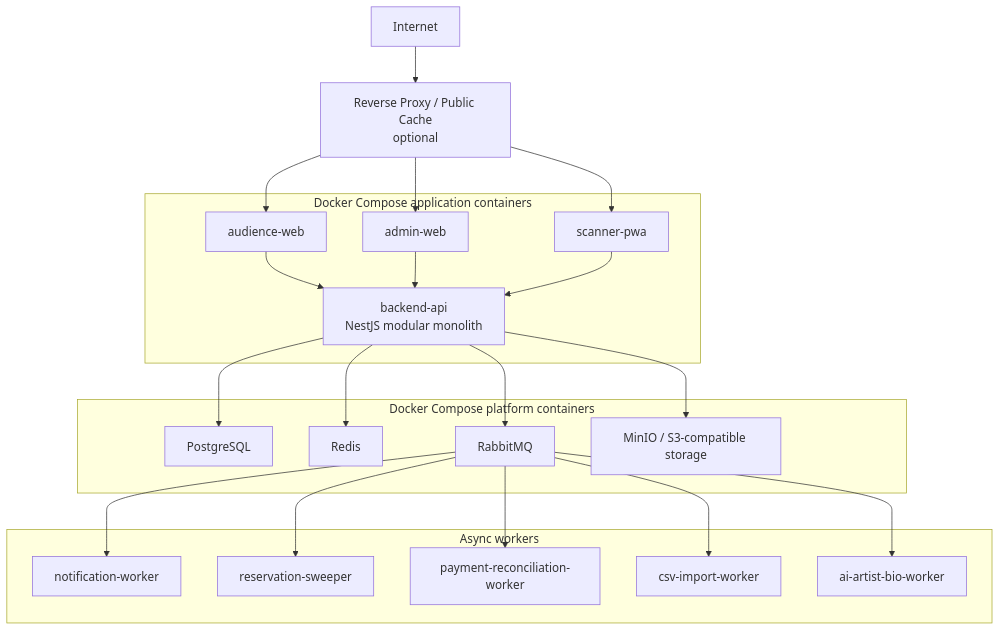
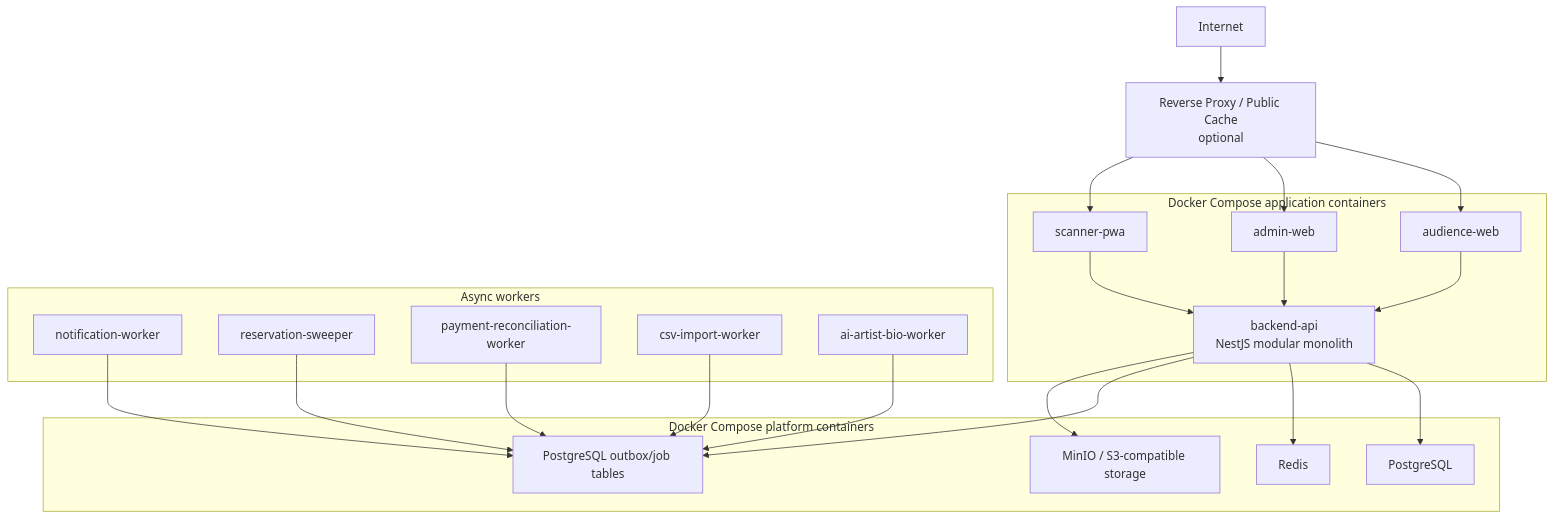
One commit to Toanapr/ticket-box changed the second of 2 diagrams in blueprint/03-high-level-architecture.md. Above: the diagram before and after it, drawn with Mermaid. The commit also changed other lines of this file and 16 other files, not shown here.

````diff
--- a/blueprint/03-high-level-architecture.md
+++ b/blueprint/03-high-level-architecture.md
@@ -97,47 +97,47 @@
 ```mermaid
 flowchart TD
     Internet["Internet"]
     Edge["Reverse Proxy / Public Cache<br/>optional"]
 
     Internet --> Edge
 
     subgraph Apps["Docker Compose application containers"]
         AudienceWeb["audience-web"]
         AdminWeb["admin-web"]
         ScannerWeb["scanner-pwa"]
         BackendAPI["backend-api<br/>NestJS modular monolith"]
     end
 
     subgraph Workers["Async workers"]
         NotificationWorker["notification-worker"]
         ReservationSweeper["reservation-sweeper"]
         PaymentReconciliation["payment-reconciliation-worker"]
         CSVImport["csv-import-worker"]
         AIBioWorker["ai-artist-bio-worker"]
     end
 
     subgraph Platform["Docker Compose platform containers"]
         Postgres["PostgreSQL"]
         Redis["Redis"]
-        RabbitMQ["RabbitMQ"]
+        AsyncState["PostgreSQL outbox/job tables"]
         MinIO["MinIO / S3-compatible storage"]
     end
 
     Edge --> AudienceWeb
     Edge --> AdminWeb
     Edge --> ScannerWeb
     AudienceWeb --> BackendAPI
     AdminWeb --> BackendAPI
     ScannerWeb --> BackendAPI
 
     BackendAPI --> Postgres
     BackendAPI --> Redis
-    BackendAPI --> RabbitMQ
+    BackendAPI --> AsyncState
     BackendAPI --> MinIO
 
-    RabbitMQ --> NotificationWorker
-    RabbitMQ --> ReservationSweeper
-    RabbitMQ --> PaymentReconciliation
-    RabbitMQ --> CSVImport
-    RabbitMQ --> AIBioWorker
+    NotificationWorker --> AsyncState
+    ReservationSweeper --> AsyncState
+    PaymentReconciliation --> AsyncState
+    CSVImport --> AsyncState
+    AIBioWorker --> AsyncState
 ```
````
